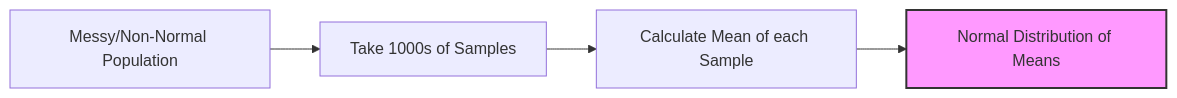
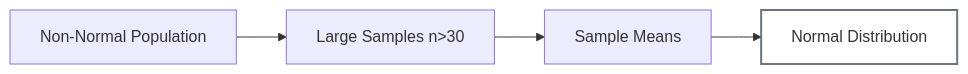
Before and after one commit to susanavenda/data_cambridge: the seventh of 11 diagrams in README.md, drawn with Mermaid. The commit also changed other lines of this file, not shown here.

````diff
--- a/README.md
+++ b/README.md
@@ -204,8 +137,8 @@
 ```mermaid
 graph LR
-    Pop[Messy/Non-Normal Population] --> Samples[Take 1000s of Samples]
-    Samples --> Means[Calculate Mean of each Sample]
-    Means --> Dist[Normal Distribution of Means]
-    style Dist fill:#f9f,stroke:#333,stroke-width:2px
+    Pop[Non-Normal Population] --> Samples[Large Samples n>30]
+    Samples --> Means[Sample Means]
+    Means --> Dist[Normal Distribution]
+    style Dist fill:#ffffff,stroke:#6c757d,stroke-width:2px
 
 ```
````
